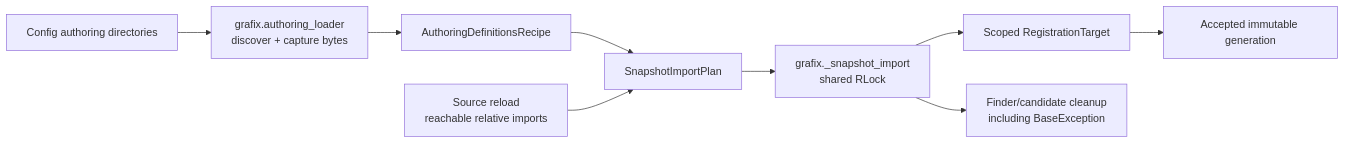
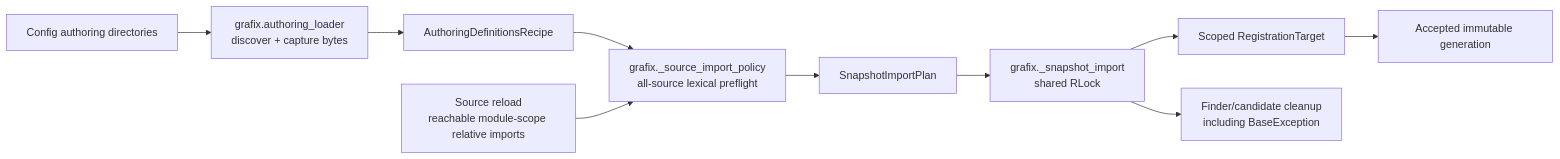
The fourth of 25 diagrams in docs/architecture_visualization.md (tyhts0829/graft), drawn with Mermaid before and after one commit. The commit also changed other lines of this file and 135 other files, not shown here.

````diff
--- a/docs/architecture_visualization.md
+++ b/docs/architecture_visualization.md
@@ -133,17 +143,18 @@
 ```mermaid
 flowchart LR
     dirs["Config authoring directories"]
     loader["grafix.authoring_loader<br/>discover + capture bytes"]
     recipe["AuthoringDefinitionsRecipe"]
-    reload["Source reload<br/>reachable relative imports"]
+    policy["grafix._source_import_policy<br/>all-source lexical preflight"]
+    reload["Source reload<br/>reachable module-scope relative imports"]
     plan["SnapshotImportPlan"]
     importer["grafix._snapshot_import<br/>shared RLock"]
     target["Scoped RegistrationTarget"]
     accepted["Accepted immutable generation"]
     cleanup["Finder/candidate cleanup<br/>including BaseException"]
 
-    dirs --> loader --> recipe --> plan
-    reload --> plan
+    dirs --> loader --> recipe --> policy --> plan
+    reload --> policy
     plan --> importer --> target --> accepted
     importer --> cleanup
 ```
````
